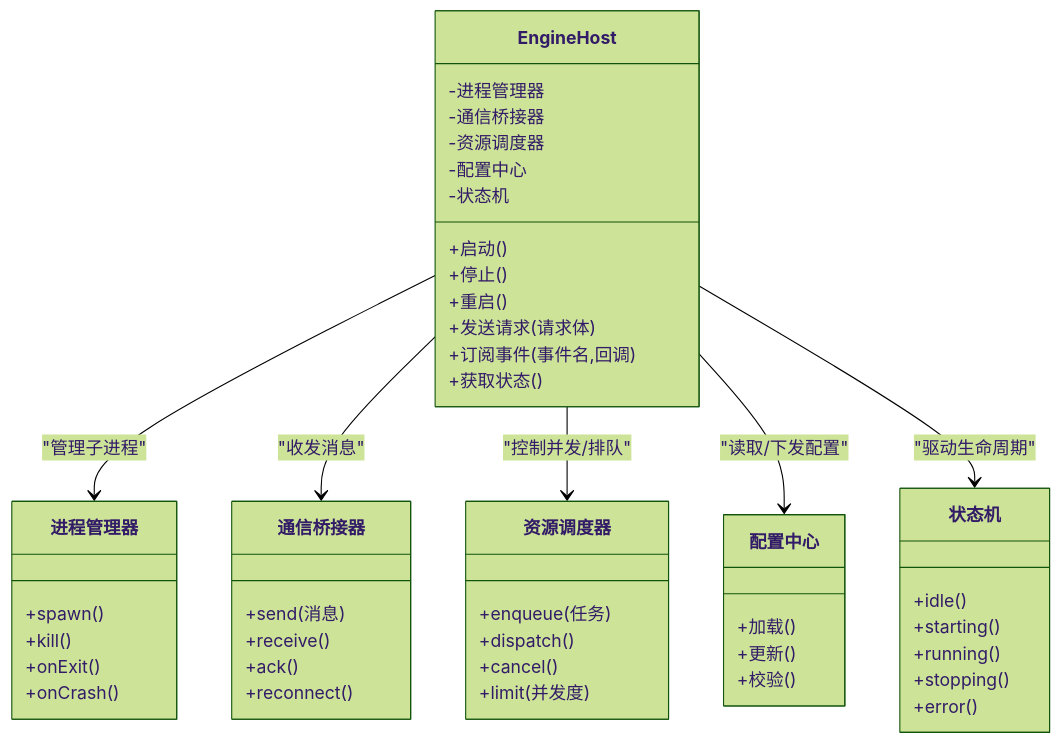
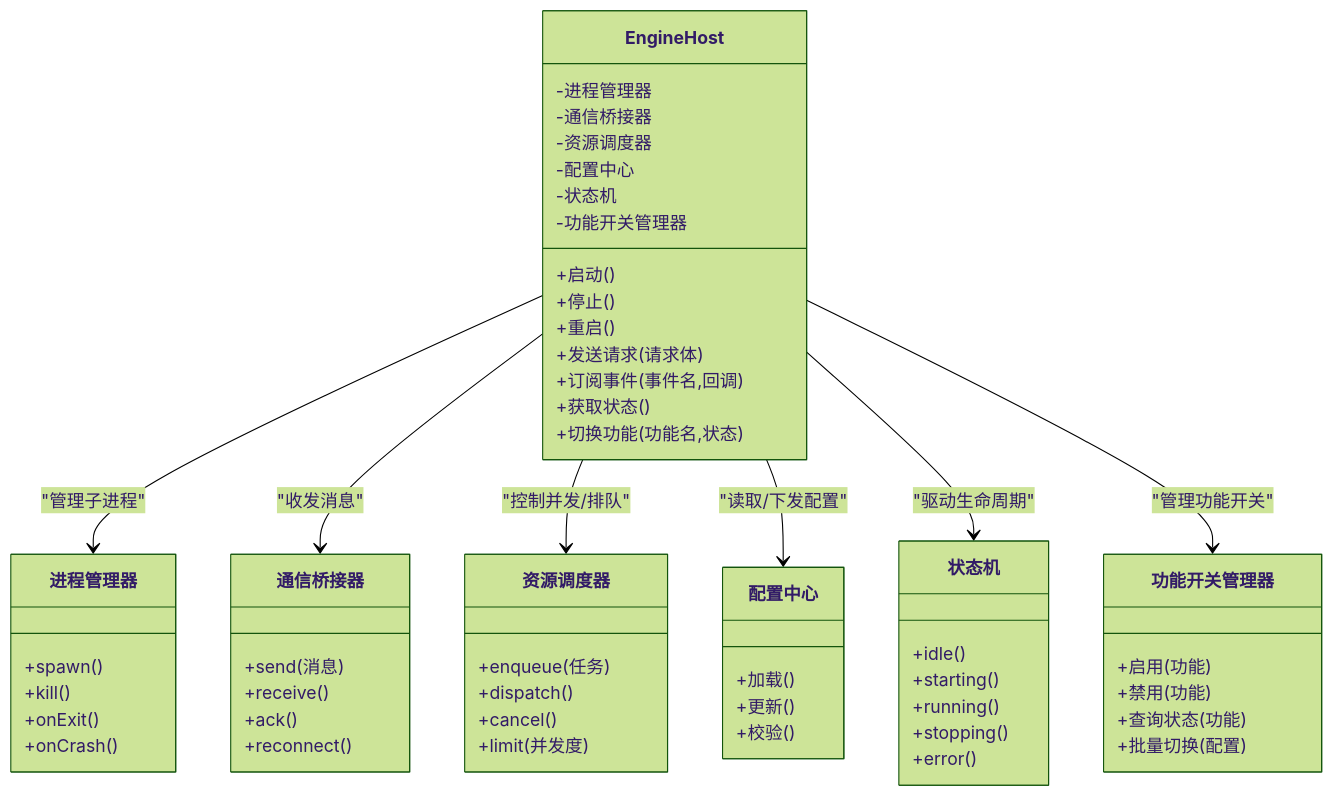
The third of 7 diagrams in .qoder/repowiki/zh/content/架构设计/分层架构详解/适配层（Adapter Layer）/引擎主机（Engine Host）.md (kkutysllb/KCoder), drawn with Mermaid (forest theme) before and after one commit. The commit also changed other lines of this file and 105 other files, not shown here.

````diff
--- a/.qoder/repowiki/zh/content/架构设计/分层架构详解/适配层（Adapter Layer）/引擎主机（Engine Host）.md
+++ b/.qoder/repowiki/zh/content/架构设计/分层架构详解/适配层（Adapter Layer）/引擎主机（Engine Host）.md
@@ -117,51 +119,60 @@
 ```mermaid
 classDiagram
 class EngineHost {
 +启动()
 +停止()
 +重启()
 +发送请求(请求体)
 +订阅事件(事件名,回调)
 +获取状态()
++切换功能(功能名,状态)
 -进程管理器
 -通信桥接器
 -资源调度器
 -配置中心
 -状态机
+-功能开关管理器
 }
 class 进程管理器 {
 +spawn()
 +kill()
 +onExit()
 +onCrash()
 }
 class 通信桥接器 {
 +send(消息)
 +receive()
 +ack()
 +reconnect()
 }
 class 资源调度器 {
 +enqueue(任务)
 +dispatch()
 +cancel()
 +limit(并发度)
 }
 class 配置中心 {
 +加载()
 +更新()
 +校验()
 }
 class 状态机 {
 +idle()
 +starting()
 +running()
 +stopping()
 +error()
 }
+class 功能开关管理器 {
++启用(功能)
++禁用(功能)
++查询状态(功能)
++批量切换(配置)
+}
 EngineHost --> 进程管理器 : "管理子进程"
 EngineHost --> 通信桥接器 : "收发消息"
 EngineHost --> 资源调度器 : "控制并发/排队"
 EngineHost --> 配置中心 : "读取/下发配置"
 EngineHost --> 状态机 : "驱动生命周期"
+EngineHost --> 功能开关管理器 : "管理功能开关"
 ```
````
